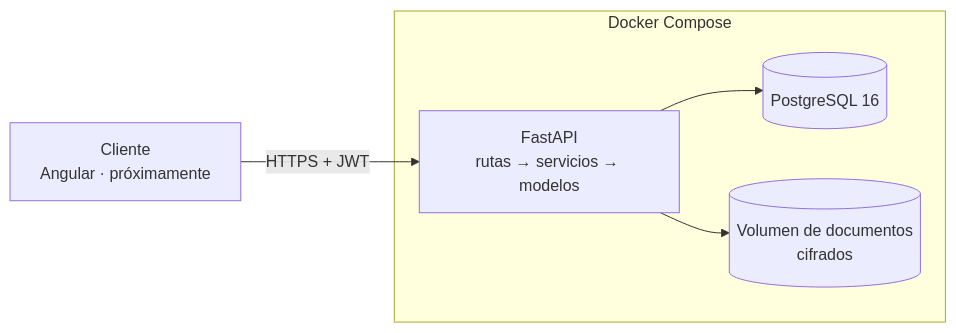
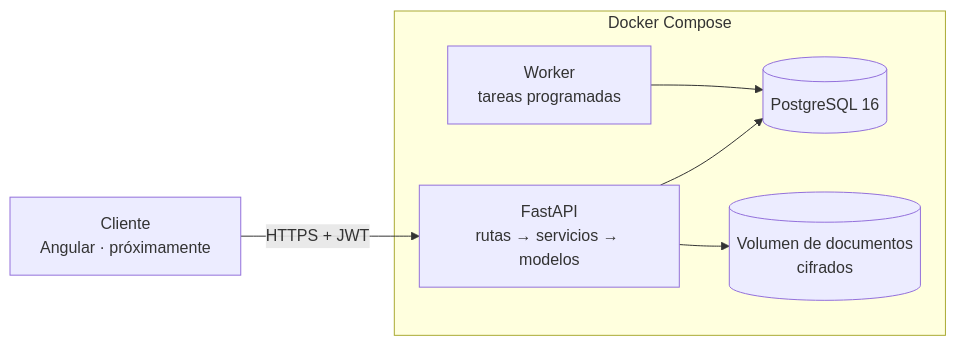
The diagram in README.md (JPosada24/dragones_dashboard), drawn with Mermaid before and after one commit. The commit also changed other lines of this file and 5 other files, not shown here.

First line of the commit message:
Worker de tareas programadas: cierre de asistencia y vencimiento de inscripciones

````diff
--- a/README.md
+++ b/README.md
@@ -29,8 +29,9 @@
 ```mermaid
 flowchart LR
     C[Cliente<br/>Angular · próximamente] -->|HTTPS + JWT| API
     subgraph Docker Compose
       API[FastAPI<br/>rutas → servicios → modelos] --> DB[(PostgreSQL 16)]
       API --> V[(Volumen de documentos<br/>cifrados)]
+      W[Worker<br/>tareas programadas] --> DB
     end
 ```
````
